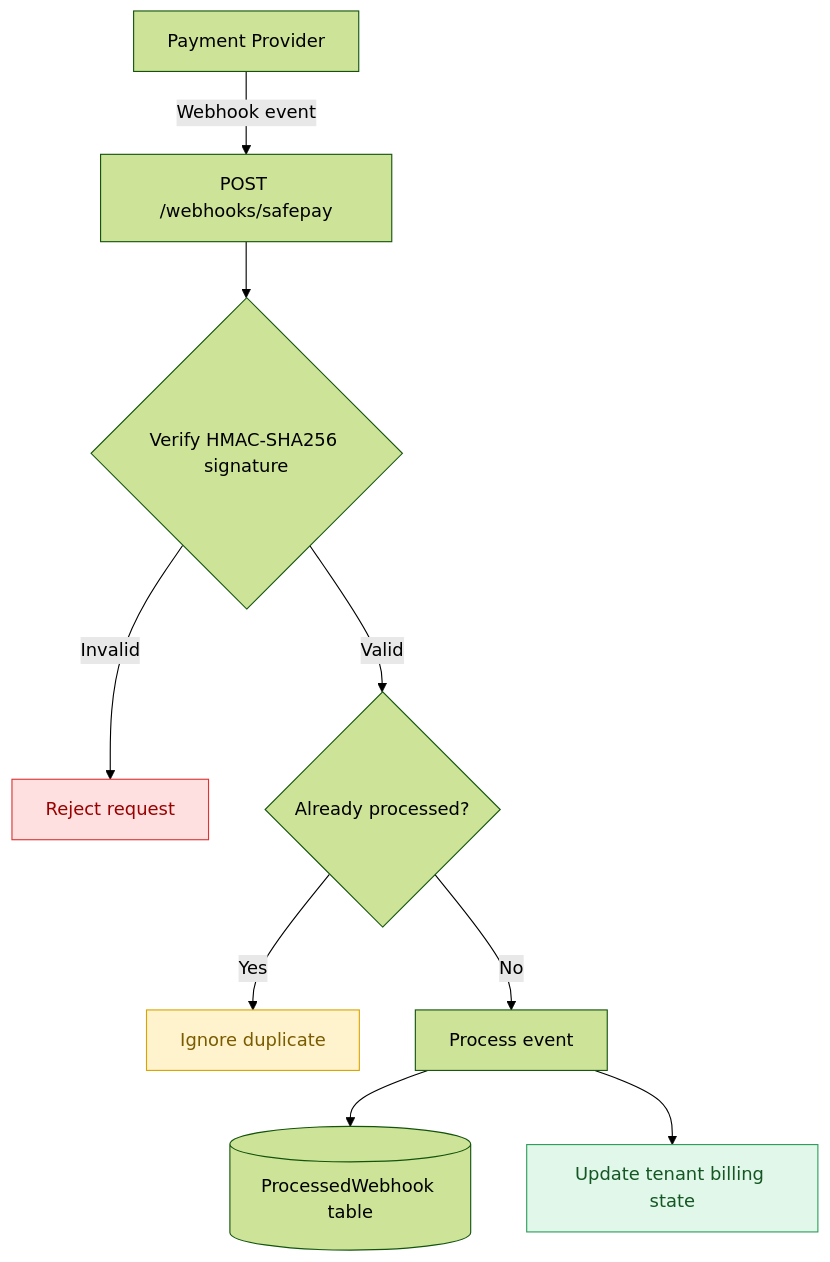
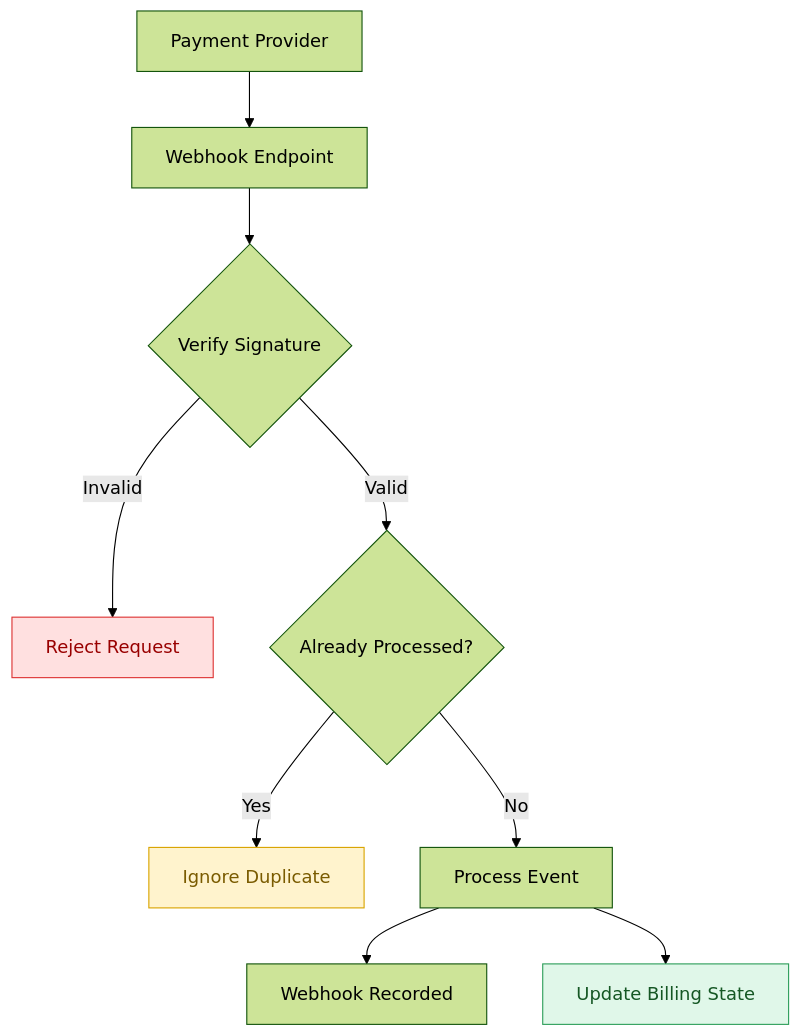
The second of 3 diagrams in README.md (Abdul-Ahad11/flyrank-capstone-metering-billing), drawn with Mermaid (forest theme) before and after one commit. The commit also changed other lines of this file, not shown here.

````diff
--- a/README.md
+++ b/README.md
@@ -113,15 +115,15 @@
 ```mermaid
 flowchart TD
-    A[Payment Provider] -->|Webhook event| B["POST /webhooks/safepay"]
-    B --> C{Verify HMAC-SHA256 signature}
-    C -->|Invalid| D[Reject request]
-    C -->|Valid| E{Already processed?}
-    E -->|Yes| F[Ignore duplicate]
-    E -->|No| G[Process event]
-    G --> H[("ProcessedWebhook table")]
-    G --> I[Update tenant billing state]
+    A[Payment Provider] --> B[Webhook Endpoint]
+    B --> C{Verify Signature}
+    C -->|Invalid| D[Reject Request]
+    C -->|Valid| E{Already Processed?}
+    E -->|Yes| F[Ignore Duplicate]
+    E -->|No| G[Process Event]
+    G --> H[Webhook Recorded]
+    G --> I[Update Billing State]
 
     style D fill:#ffe0e0,stroke:#d33,color:#900
     style F fill:#fff3cd,stroke:#d9a400,color:#7a5b00
     style I fill:#e0f7e9,stroke:#2e9e5b,color:#155724
 ```
````
